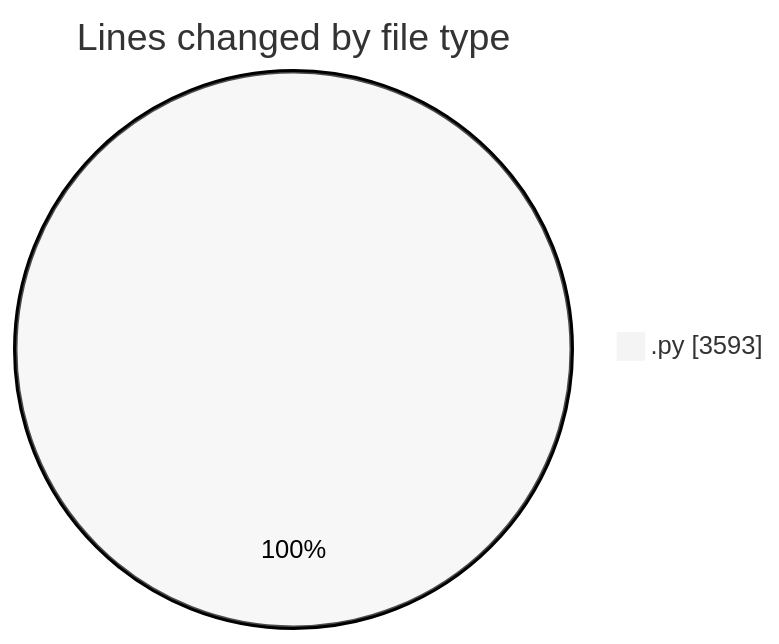
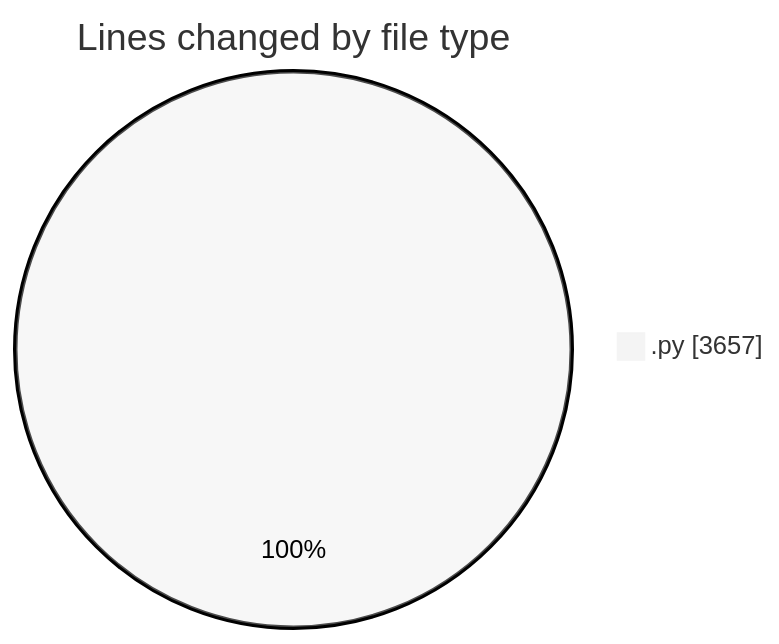
Before and after one commit to MatusMokan/code-tracking: the first of 2 diagrams in 2025-04-12/myws__workspace_/README.md, drawn with Mermaid (neutral theme). The commit also changed other lines of this file and 1 other file, not shown here.

````diff
--- a/2025-04-12/myws__workspace_/README.md
+++ b/2025-04-12/myws__workspace_/README.md
@@ -25,5 +25,5 @@
 ```mermaid
 pie showData
 title Lines changed by file type
-".py" : 3593
+".py" : 3657
 ```
````
